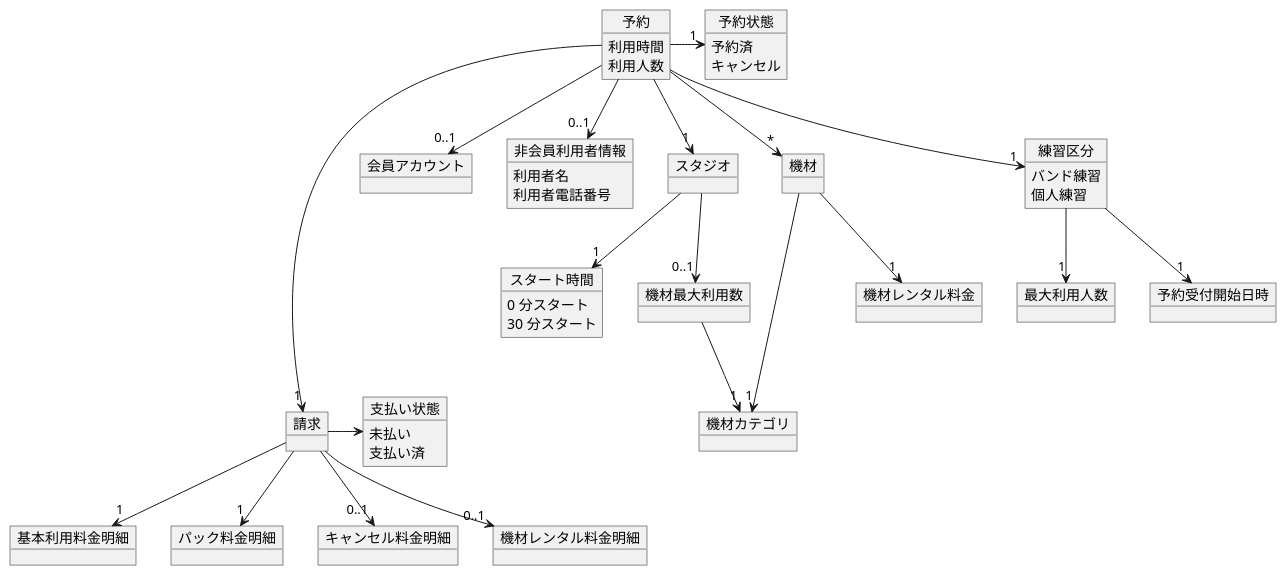
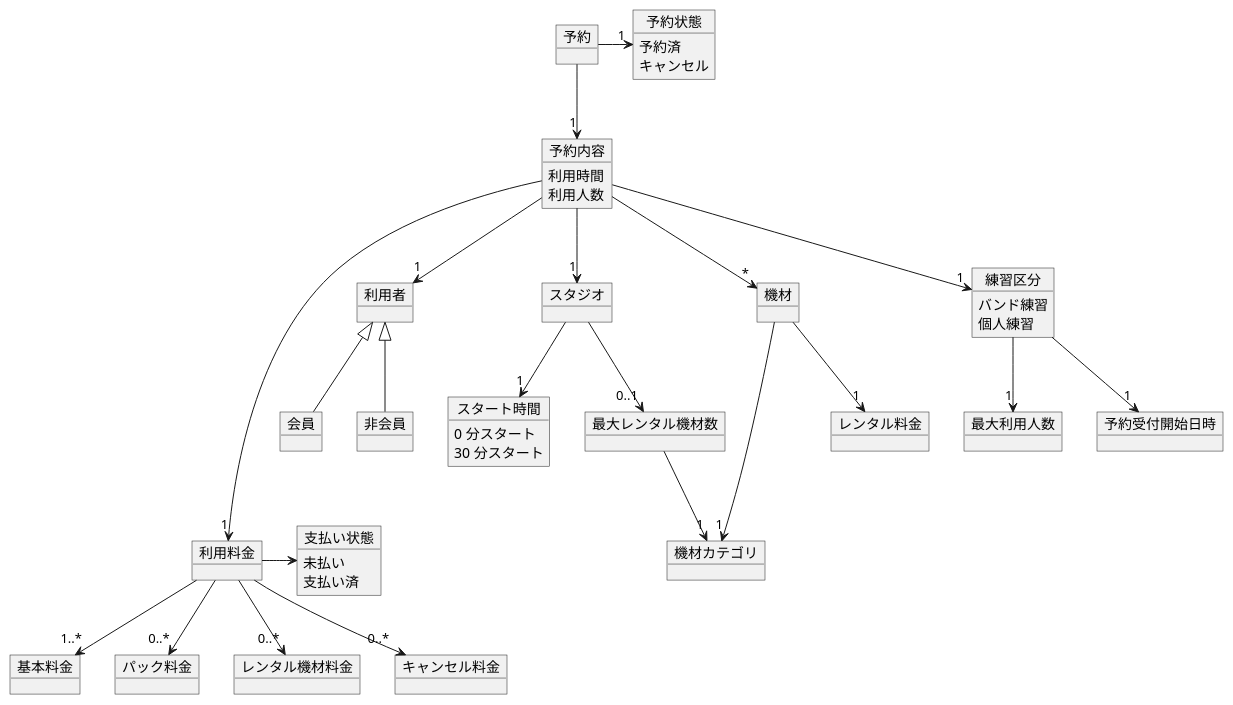
Diagram 12 of 13 in modeling/DomainModel_History.md (TakashiOnawa/ddd-practice-studio-reservation), drawn with PlantUML before and after one commit. The commit also changed other lines of this file, not shown here.

Commit message:
ドメインモデル更新

````diff
--- a/modeling/DomainModel_History.md
+++ b/modeling/DomainModel_History.md
@@ -858,69 +858,70 @@
 ```plantuml
 @startuml
 
-object 予約 {
-    利用時間
-    利用人数
-}
+object 予約
 object 予約状態 {
     予約済
     キャンセル
 }
-object 会員アカウント {
+object 予約内容 {
+  利用時間
+  利用人数
 }
-object 非会員利用者情報 {
-    利用者名
-    利用者電話番号
-}
+object 利用者
+object 会員
+object 非会員
 object スタジオ
 object 機材
 object 機材カテゴリ
-object 機材レンタル料金
+object レンタル料金
 object 練習区分 {
     バンド練習
     個人練習
 }
 object 最大利用人数
 object 予約受付開始日時
 object スタート時間 {
     0 分スタート
     30 分スタート
 }
-object 機材最大利用数
+object 最大レンタル機材数
 
-object 請求
+object 利用料金
 object 支払い状態 {
     未払い
     支払い済
 }
-object 基本利用料金明細
-object パック料金明細
-object キャンセル料金明細
-object 機材レンタル料金明細
+object 基本料金
+object パック料金
+object レンタル機材料金
+object キャンセル料金
 
 予約 -> "1" 予約状態
-予約 --> "0..1" 会員アカウント
-予約 --> "0..1" 非会員利用者情報
-予約 --> "1" スタジオ
-予約 --> "*" 機材
-予約 --> "1" 練習区分
-予約 ----> "1" 請求
+予約 --> "1" 予約内容
+予約内容 --> "1" 利用者
+予約内容 --> "1" スタジオ
+予約内容 --> "*" 機材
+予約内容 --> "1" 練習区分
+予約内容 ----> "1" 利用料金
+
+利用者 <|-- 会員
+利用者 <|-- 非会員
 
 練習区分 --> "1" 最大利用人数
 練習区分 --> "1" 予約受付開始日時
 
 機材 ---> "1" 機材カテゴリ
-機材 --> "1" 機材レンタル料金
+機材 --> "1" レンタル料金
 
 スタジオ --> "1" スタート時間
-スタジオ --> "0..1" 機材最大利用数
-機材最大利用数 --> "1" 機材カテゴリ
+スタジオ --> "0..1" 最大レンタル機材数
+最大レンタル機材数 --> "1" 機材カテゴリ
 
-請求 -> 支払い状態
-請求 --> "1" 基本利用料金明細
-請求 --> "1" パック料金明細
-請求 --> "0..1" 機材レンタル料金明細
-請求 --> "0..1" キャンセル料金明細
+利用料金 -> 支払い状態
+利用料金 --> "1..*" 基本料金
+利用料金 --> "0..*" パック料金
+利用料金 --> "0..*" レンタル機材料金
+利用料金 --> "0..*" キャンセル料金
 
 @enduml
 ```
````
